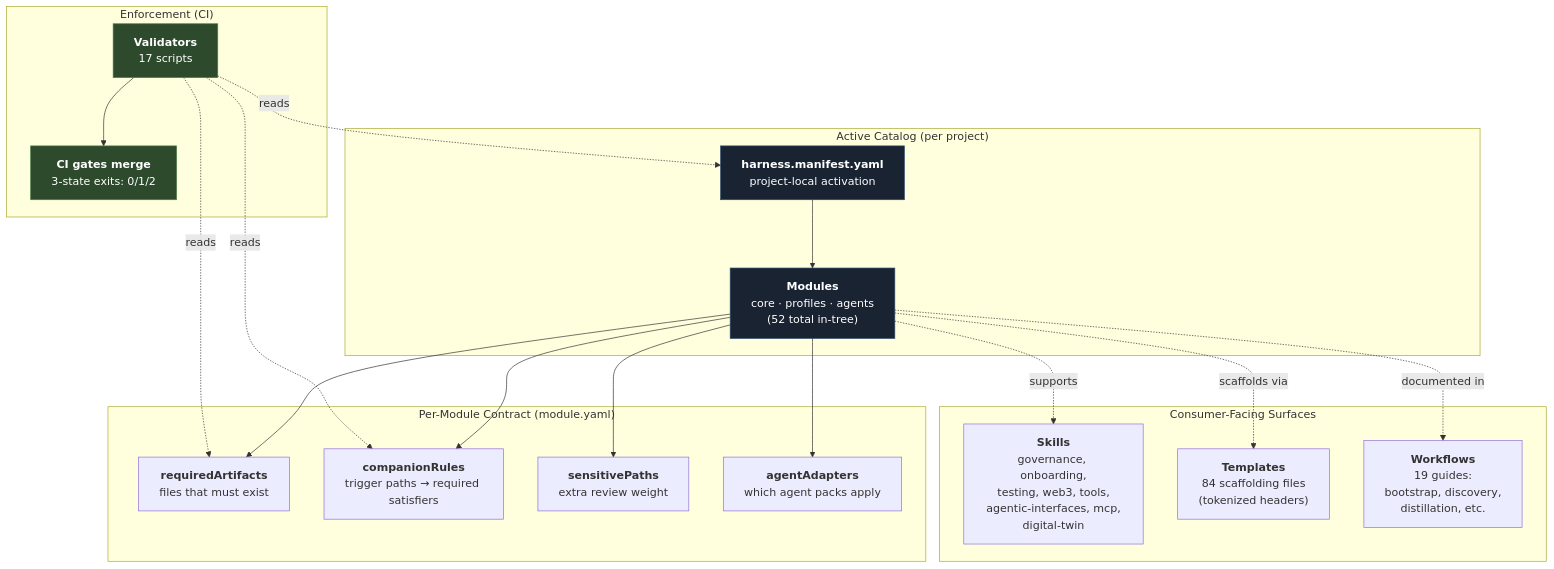
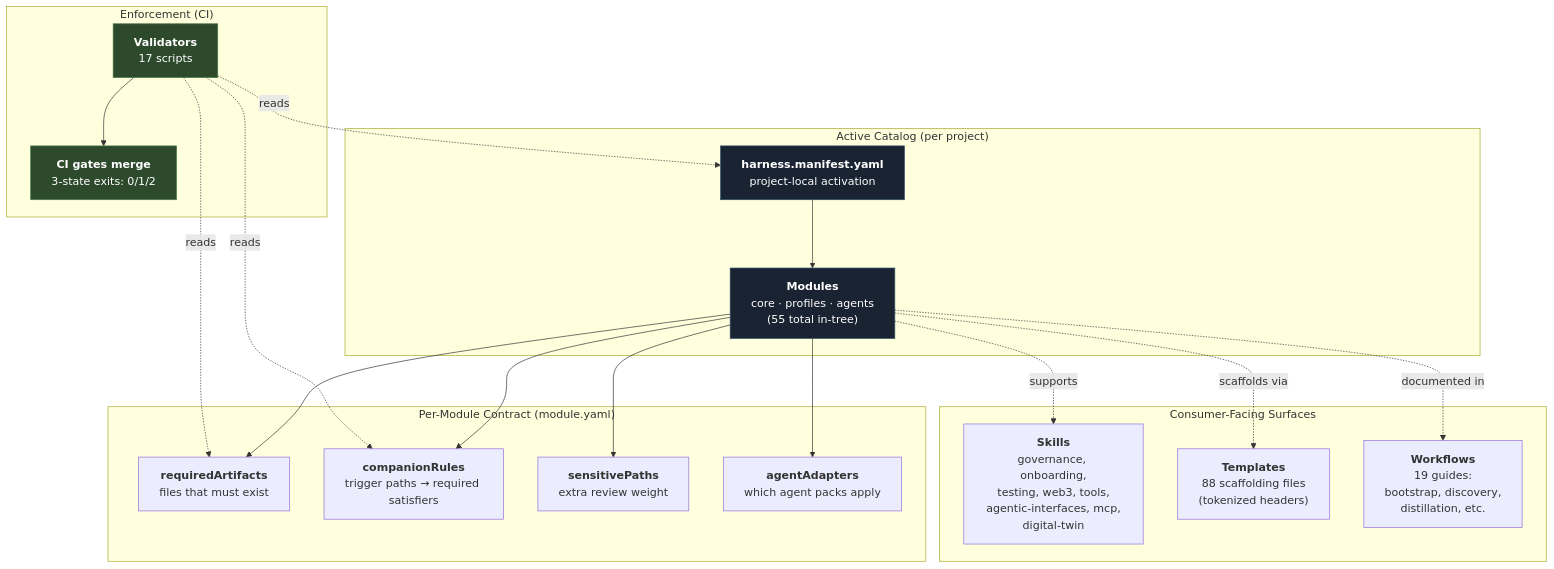
One commit to unclenate/auto-harness changed the first of 15 diagrams in docs/architecture/diagrams.md. Above: the diagram before and after it, drawn with Mermaid. The commit also changed other lines of this file and 23 other files, not shown here.

````diff
--- a/docs/architecture/diagrams.md
+++ b/docs/architecture/diagrams.md
@@ -51,38 +52,38 @@
 ```mermaid
 flowchart TD
     Manifest["<b>harness.manifest.yaml</b><br/>project-local activation"]
 
     subgraph CATALOG["Active Catalog (per project)"]
-        Manifest --> Modules["<b>Modules</b><br/>core · profiles · agents<br/>(52 total in-tree)"]
+        Manifest --> Modules["<b>Modules</b><br/>core · profiles · agents<br/>(55 total in-tree)"]
     end
 
     subgraph CONTRACT["Per-Module Contract (module.yaml)"]
         Modules --> Required["<b>requiredArtifacts</b><br/>files that must exist"]
         Modules --> Companions["<b>companionRules</b><br/>trigger paths → required satisfiers"]
         Modules --> Sensitive["<b>sensitivePaths</b><br/>extra review weight"]
         Modules --> Adapters["<b>agentAdapters</b><br/>which agent packs apply"]
     end
 
     subgraph ENFORCE["Enforcement (CI)"]
         Validators["<b>Validators</b><br/>17 scripts"]
         Validators -.reads.-> Manifest
         Validators -.reads.-> Required
         Validators -.reads.-> Companions
         Validators --> CIGate["<b>CI gates merge</b><br/>3-state exits: 0/1/2"]
     end
 
     subgraph SURFACE["Consumer-Facing Surfaces"]
         Skills["<b>Skills</b><br/>governance, onboarding,<br/>testing, web3, tools,<br/>agentic-interfaces, mcp,<br/>digital-twin"]
-        Templates["<b>Templates</b><br/>84 scaffolding files<br/>(tokenized headers)"]
+        Templates["<b>Templates</b><br/>88 scaffolding files<br/>(tokenized headers)"]
         Workflows["<b>Workflows</b><br/>19 guides:<br/>bootstrap, discovery,<br/>distillation, etc."]
     end
 
     Modules -.supports.-> Skills
     Modules -.scaffolds via.-> Templates
     Modules -.documented in.-> Workflows
 
     style Manifest fill:#1a2332,stroke:#2c4a6b,color:#fff
     style Modules fill:#1a2332,stroke:#2c4a6b,color:#fff
     style Validators fill:#2d4a2d,stroke:#4a7a4a,color:#fff
     style CIGate fill:#2d4a2d,stroke:#4a7a4a,color:#fff
 ```
````
